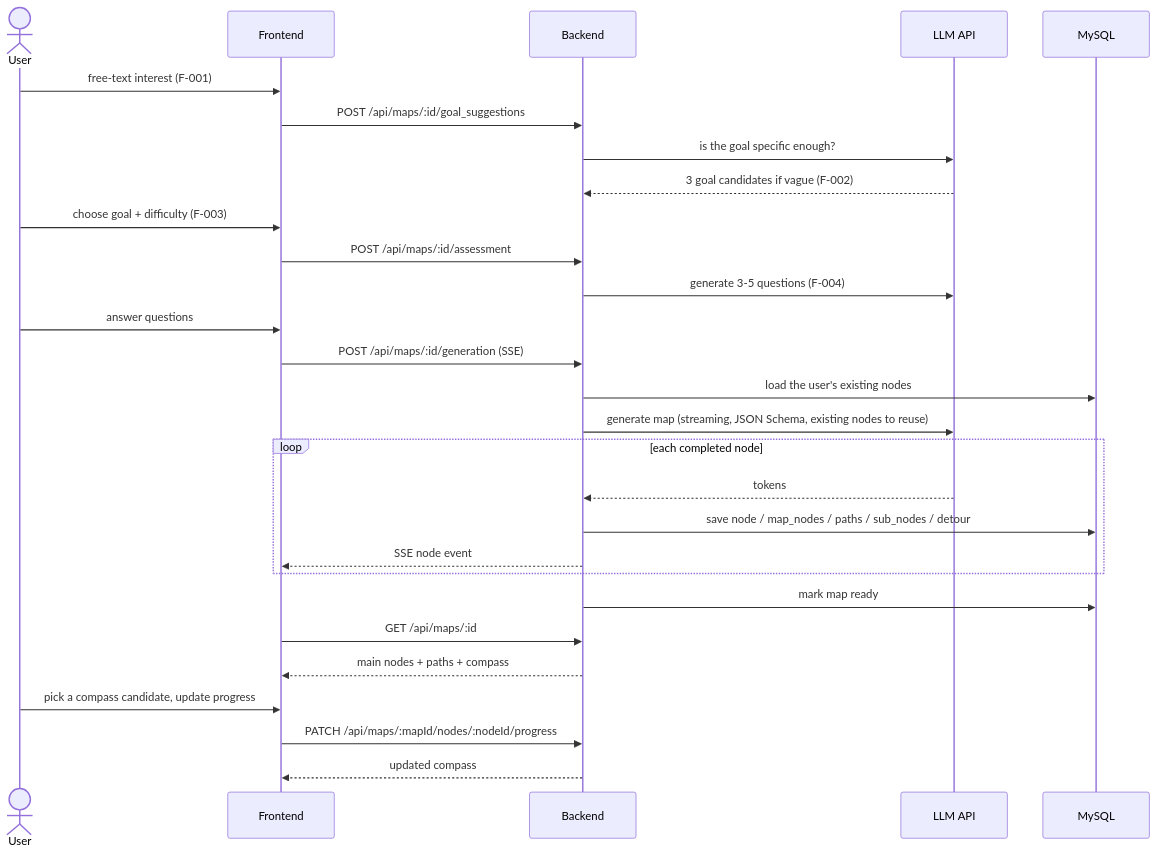
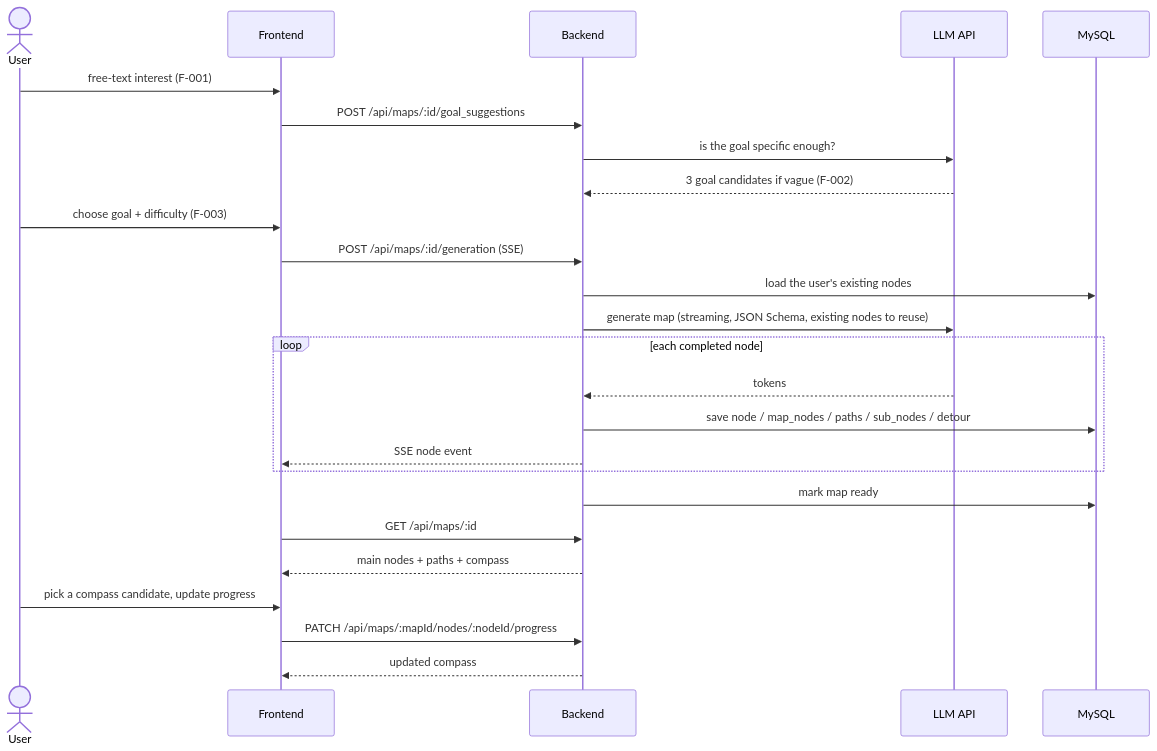
Before and after one commit to ryuma-1/Campass: the second of 2 diagrams in .claude/rules/code/architecture.md, drawn with Mermaid. The commit also changed 7 other files, not shown here.

````diff
--- a/.claude/rules/code/architecture.md
+++ b/.claude/rules/code/architecture.md
@@ -34,31 +34,28 @@
 ```mermaid
 sequenceDiagram
     actor U as User
     participant FE as Frontend
     participant BE as Backend
     participant LLM as LLM API
     participant DB as MySQL
 
     U->>FE: free-text interest (F-001)
     FE->>BE: POST /api/maps/:id/goal_suggestions
     BE->>LLM: is the goal specific enough?
     LLM-->>BE: 3 goal candidates if vague (F-002)
     U->>FE: choose goal + difficulty (F-003)
-    FE->>BE: POST /api/maps/:id/assessment
-    BE->>LLM: generate 3-5 questions (F-004)
-    U->>FE: answer questions
     FE->>BE: POST /api/maps/:id/generation (SSE)
     BE->>DB: load the user's existing nodes
     BE->>LLM: generate map (streaming, JSON Schema, existing nodes to reuse)
     loop each completed node
         LLM-->>BE: tokens
         BE->>DB: save node / map_nodes / paths / sub_nodes / detour
         BE-->>FE: SSE node event
     end
     BE->>DB: mark map ready
     FE->>BE: GET /api/maps/:id
     BE-->>FE: main nodes + paths + compass
     U->>FE: pick a compass candidate, update progress
     FE->>BE: PATCH /api/maps/:mapId/nodes/:nodeId/progress
     BE-->>FE: updated compass
 ```
````
